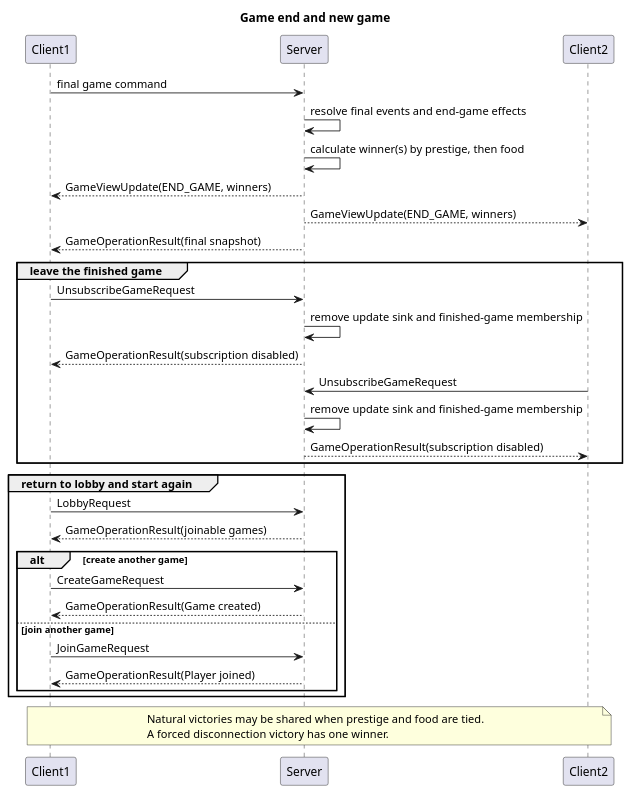
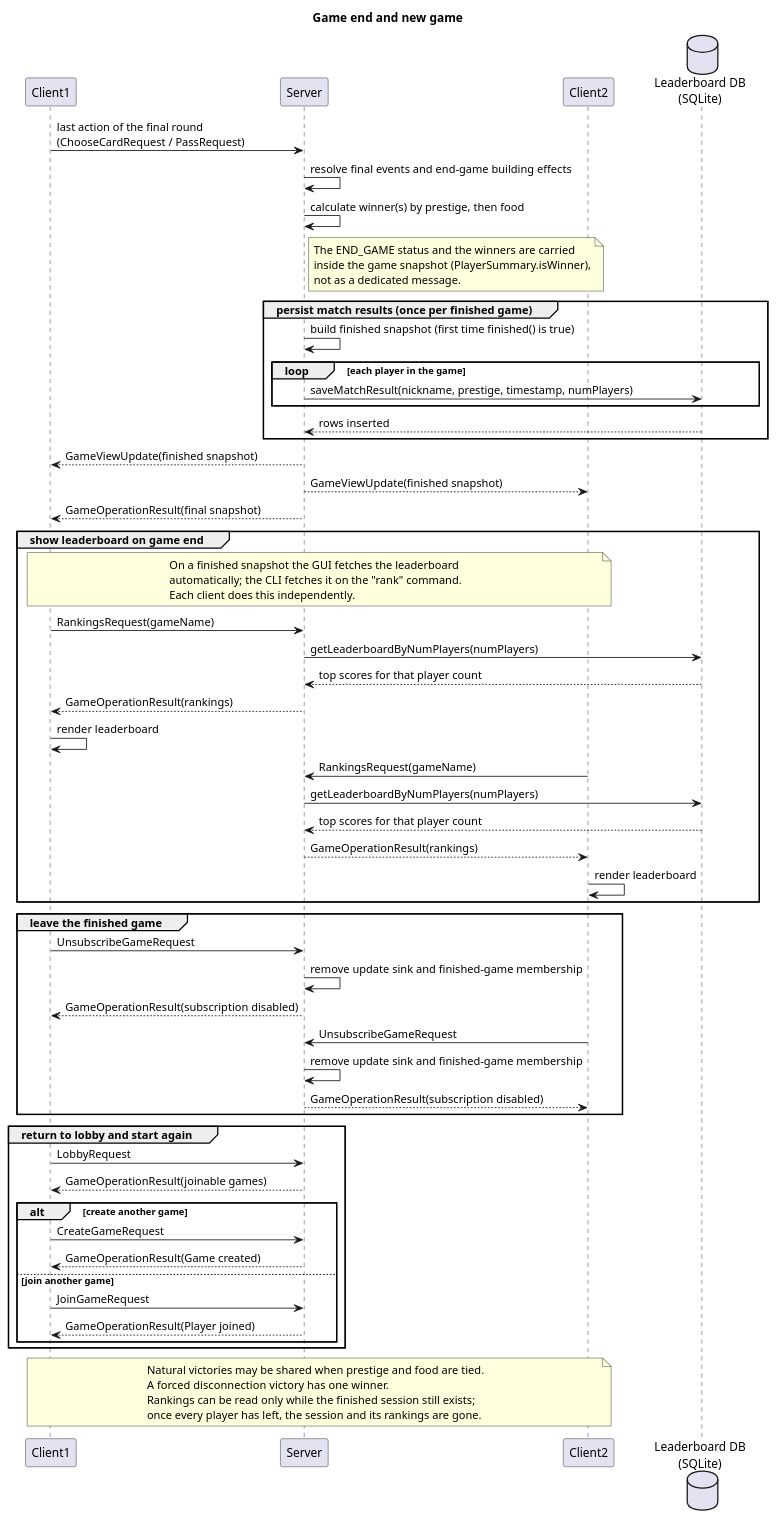
The diagram in UML_Diagram/SequenceDiagrams/09-game-end-and-new-game.puml (matteoroda05/Mesos), drawn with PlantUML before and after one commit. The commit also changed 3 other files, not shown here.

Commit message:
docs(deliverables): update sequence diagrams, add script to generate svg

```diff
--- a/UML_Diagram/SequenceDiagrams/09-game-end-and-new-game.puml
+++ b/UML_Diagram/SequenceDiagrams/09-game-end-and-new-game.puml
@@ -1,44 +1,82 @@
 @startuml
 
 title Game end and new game
 
 participant Client1
 participant Server
 participant Client2
+database "Leaderboard DB\n(SQLite)" as DB
 
-Client1->Server: final game command
-Server->Server: resolve final events and end-game effects
+Client1->Server: last action of the final round\n(ChooseCardRequest / PassRequest)
+Server->Server: resolve final events and end-game building effects
 Server->Server: calculate winner(s) by prestige, then food
-Server-->Client1: GameViewUpdate(END_GAME, winners)
-Server-->Client2: GameViewUpdate(END_GAME, winners)
+
+note right of Server
+The END_GAME status and the winners are carried
+inside the game snapshot (PlayerSummary.isWinner),
+not as a dedicated message.
+end note
+
+group persist match results (once per finished game)
+Server->Server: build finished snapshot (first time finished() is true)
+loop each player in the game
+Server->DB: saveMatchResult(nickname, prestige, timestamp, numPlayers)
+end
+DB-->Server: rows inserted
+end
+
+Server-->Client1: GameViewUpdate(finished snapshot)
+Server-->Client2: GameViewUpdate(finished snapshot)
 Server-->Client1: GameOperationResult(final snapshot)
+
+group show leaderboard on game end
+note over Client1, Client2
+On a finished snapshot the GUI fetches the leaderboard
+automatically; the CLI fetches it on the "rank" command.
+Each client does this independently.
+end note
+
+Client1->Server: RankingsRequest(gameName)
+Server->DB: getLeaderboardByNumPlayers(numPlayers)
+DB-->Server: top scores for that player count
+Server-->Client1: GameOperationResult(rankings)
+Client1->Client1: render leaderboard
+
+Client2->Server: RankingsRequest(gameName)
+Server->DB: getLeaderboardByNumPlayers(numPlayers)
+DB-->Server: top scores for that player count
+Server-->Client2: GameOperationResult(rankings)
+Client2->Client2: render leaderboard
+end
 
 group leave the finished game
 Client1->Server: UnsubscribeGameRequest
 Server->Server: remove update sink and finished-game membership
 Server-->Client1: GameOperationResult(subscription disabled)
 
 Client2->Server: UnsubscribeGameRequest
 Server->Server: remove update sink and finished-game membership
 Server-->Client2: GameOperationResult(subscription disabled)
 end
 
 group return to lobby and start again
 Client1->Server: LobbyRequest
 Server-->Client1: GameOperationResult(joinable games)
 
 alt create another game
 Client1->Server: CreateGameRequest
 Server-->Client1: GameOperationResult(Game created)
 else join another game
 Client1->Server: JoinGameRequest
 Server-->Client1: GameOperationResult(Player joined)
 end
 end
 
 note over Client1, Client2
 Natural victories may be shared when prestige and food are tied.
 A forced disconnection victory has one winner.
+Rankings can be read only while the finished session still exists;
+once every player has left, the session and its rankings are gone.
 end note
 
 @enduml
```
